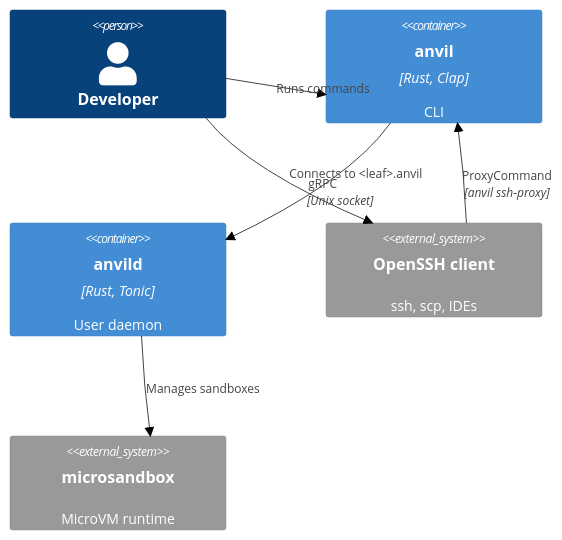
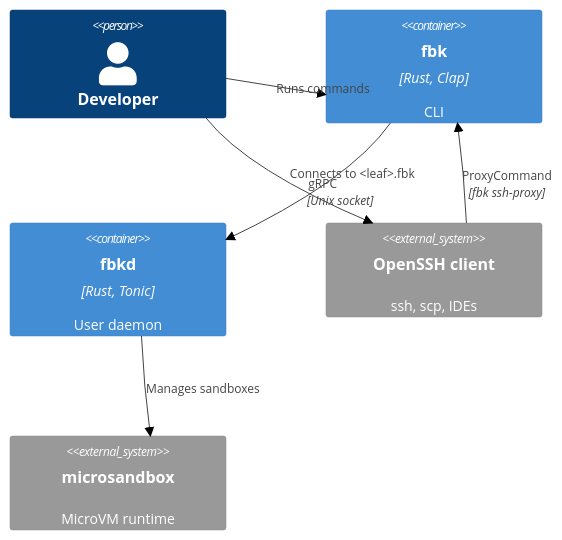
One commit to wmeints/anvil changed the first of 3 diagrams in docs/architecture/05-building-block-view.md. Above: the diagram before and after it, drawn with Mermaid (neutral theme). The commit also changed other lines of this file and 57 other files, not shown here.

First line of the commit message:
refactor: rename anvil to firebrick

````diff
--- a/docs/architecture/05-building-block-view.md
+++ b/docs/architecture/05-building-block-view.md
@@ -5,14 +5,14 @@
 ```mermaid
 C4Container
     Person(user, "Developer")
-    Container(anvil, "anvil", "Rust, Clap", "CLI")
-    Container(anvild, "anvild", "Rust, Tonic", "User daemon")
+    Container(firebrick, "fbk", "Rust, Clap", "CLI")
+    Container(fbkd, "fbkd", "Rust, Tonic", "User daemon")
     System_Ext(ssh, "OpenSSH client", "ssh, scp, IDEs")
     System_Ext(microsandbox, "microsandbox", "MicroVM runtime")
 
-    Rel(user, anvil, "Runs commands")
-    Rel(user, ssh, "Connects to <leaf>.anvil")
-    Rel(ssh, anvil, "ProxyCommand", "anvil ssh-proxy")
-    Rel(anvil, anvild, "gRPC", "Unix socket")
-    Rel(anvild, microsandbox, "Manages sandboxes")
+    Rel(user, firebrick, "Runs commands")
+    Rel(user, ssh, "Connects to <leaf>.fbk")
+    Rel(ssh, firebrick, "ProxyCommand", "fbk ssh-proxy")
+    Rel(firebrick, fbkd, "gRPC", "Unix socket")
+    Rel(fbkd, microsandbox, "Manages sandboxes")
 ```
````
